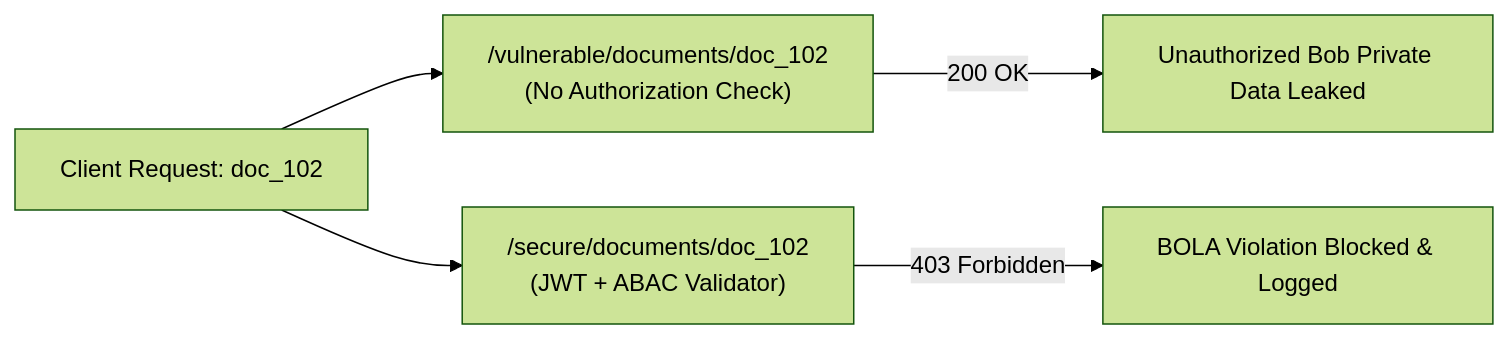
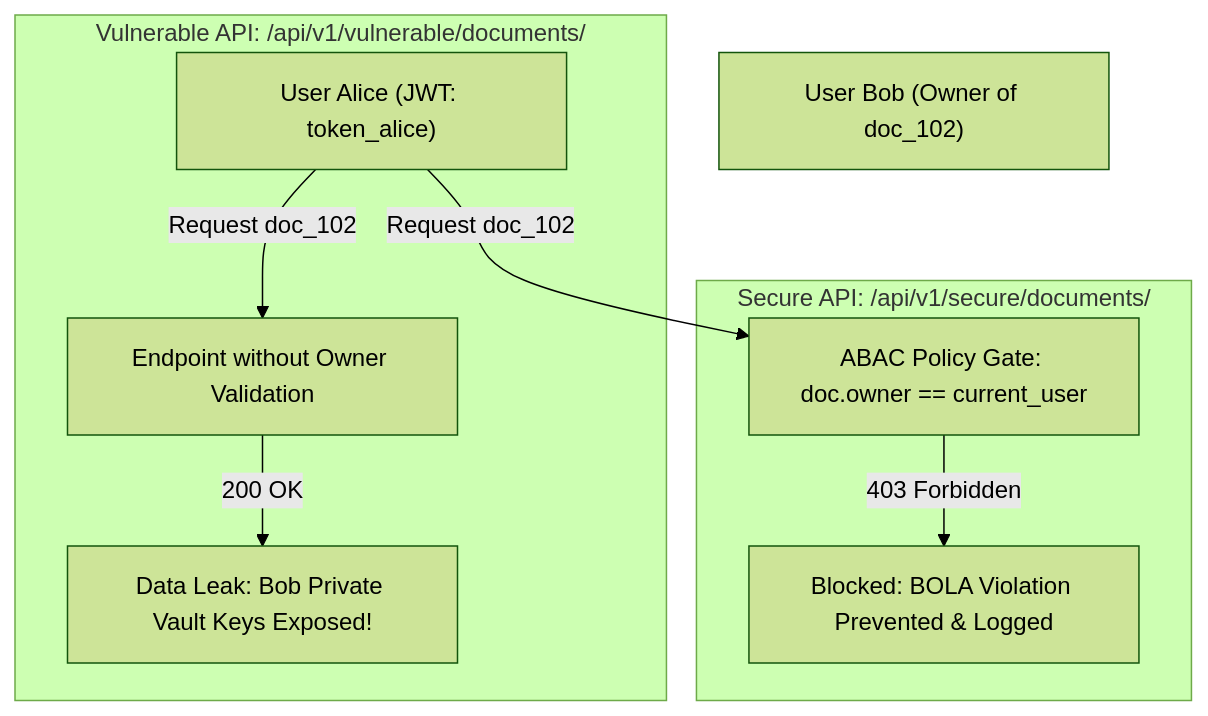
Before and after one commit to toprakahmetaydogmus/06-api-security-bola-testbed: the diagram in README.md, drawn with Mermaid (forest theme). The commit also changed other lines of this file, not shown here.

````diff
--- a/README.md
+++ b/README.md
@@ -15,8 +19,15 @@
 ```mermaid
-graph LR
-    Client[Client Request: doc_102] --> Vulnerable["/vulnerable/documents/doc_102<br/>(No Authorization Check)"]
-    Vulnerable -->|200 OK| LeakedData[Unauthorized Bob Private Data Leaked]
+graph TD
+    UserA["User Alice (JWT: token_alice)"]
+    UserB["User Bob (Owner of doc_102)"]
 
-    Client --> Secure["/secure/documents/doc_102<br/>(JWT + ABAC Validator)"]
-    Secure -->|403 Forbidden| Blocked[BOLA Violation Blocked & Logged]
+    subgraph "Vulnerable API: /api/v1/vulnerable/documents/<built-in function id>"
+        UserA -->|Request doc_102| VulnEndpoint["Endpoint without Owner Validation"]
+        VulnEndpoint -->|200 OK| Leak["Data Leak: Bob Private Vault Keys Exposed!"]
+    end
+
+    subgraph "Secure API: /api/v1/secure/documents/<built-in function id>"
+        UserA -->|Request doc_102| ABAC["ABAC Policy Gate: doc.owner == current_user"]
+        ABAC -->|403 Forbidden| Safe["Blocked: BOLA Violation Prevented & Logged"]
+    end
 ```
````
